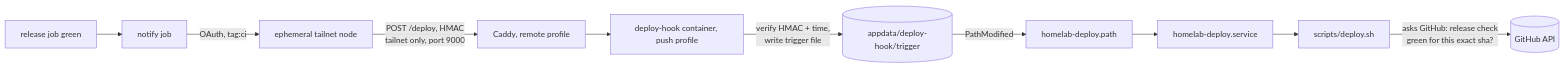
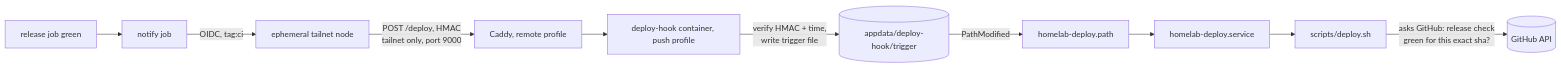
One commit to Gascon1/homelab changed the second of 2 diagrams in docs/deploy.md. Above: the diagram before and after it, drawn with Mermaid. The commit also changed other lines of this file and 1 other file, not shown here.

````diff
--- a/docs/deploy.md
+++ b/docs/deploy.md
@@ -46,12 +46,12 @@
 ```mermaid
 flowchart LR
     R[release job green] --> N[notify job]
-    N -->|OAuth, tag:ci| TS[ephemeral tailnet node]
+    N -->|OIDC, tag:ci| TS[ephemeral tailnet node]
     TS -->|POST /deploy, HMAC<br/>tailnet only, port 9000| C[Caddy, remote profile]
     C --> H[deploy-hook container, push profile]
     H -->|verify HMAC + time,<br/>write trigger file| TF[(appdata/deploy-hook/trigger)]
     TF -->|PathModified| P[homelab-deploy.path]
     P --> SV[homelab-deploy.service]
     SV --> D[scripts/deploy.sh]
     D -->|asks GitHub: release check<br/>green for this exact sha?| GH[(GitHub API)]
 ```
````
